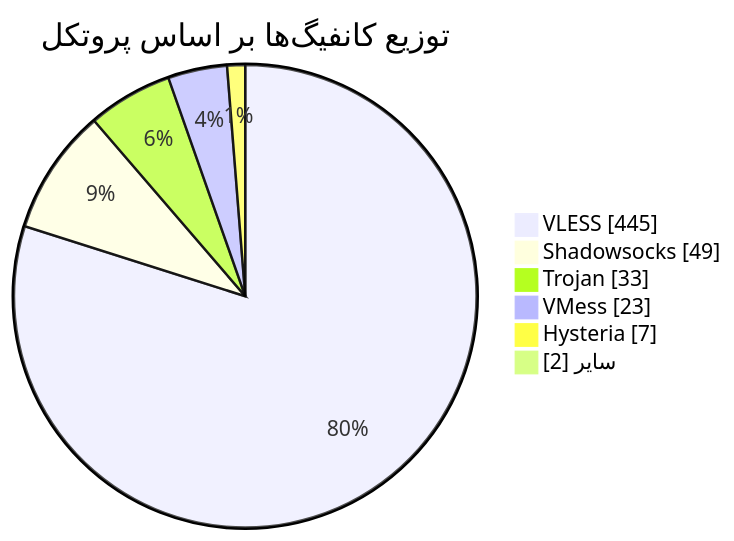
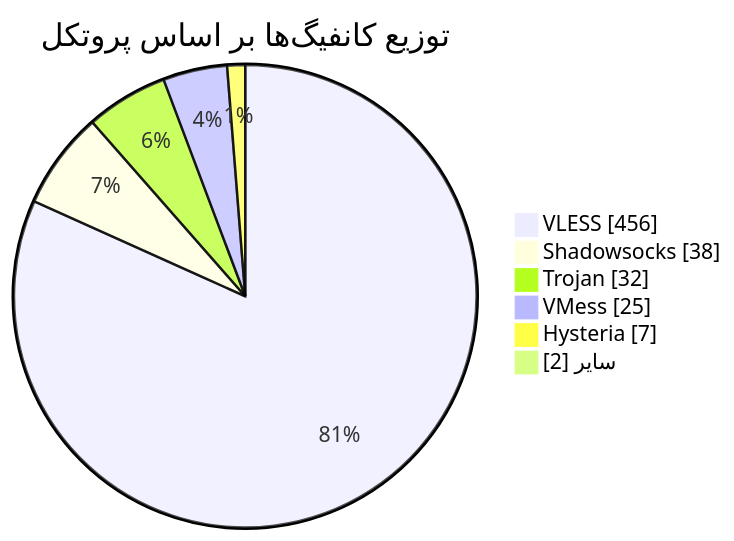
One commit to Arian-Alijani/Somthing changed the diagram in README.md. Above: the diagram before and after it, drawn with Mermaid. The commit also changed other lines of this file and 65 other files, not shown here.

````diff
--- a/README.md
+++ b/README.md
@@ -48,10 +48,10 @@
 ```mermaid
 pie showData
     title توزیع کانفیگ‌ها بر اساس پروتکل
-    "VLESS" : 445
-    "Shadowsocks" : 49
-    "Trojan" : 33
-    "VMess" : 23
+    "VLESS" : 456
+    "Shadowsocks" : 38
+    "Trojan" : 32
+    "VMess" : 25
     "Hysteria" : 7
     "سایر" : 2
 ```
````
